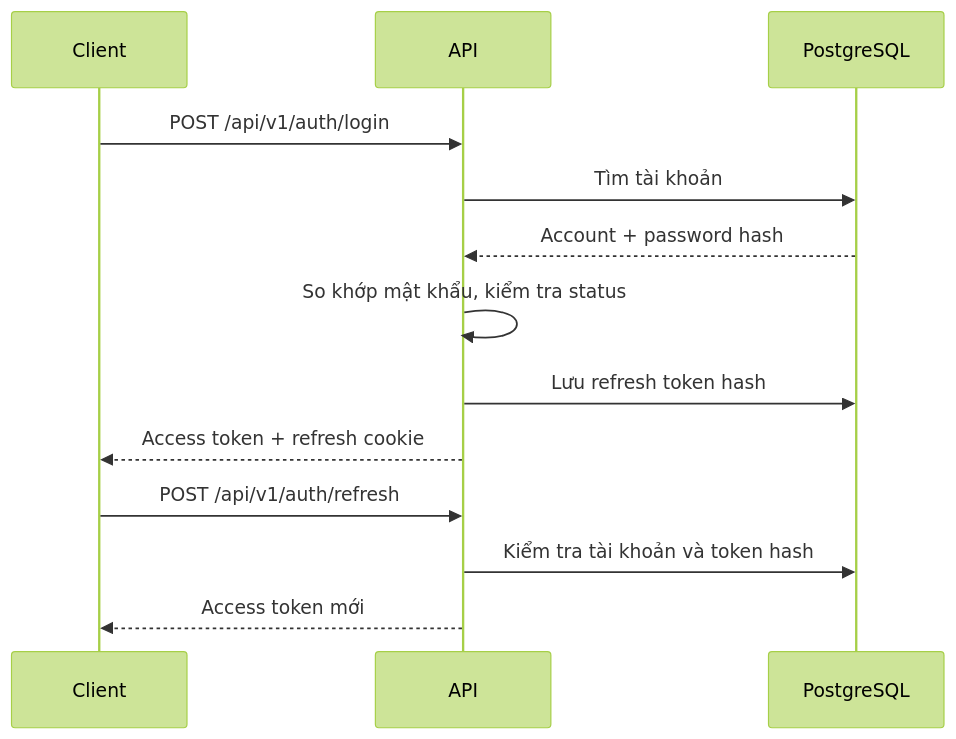
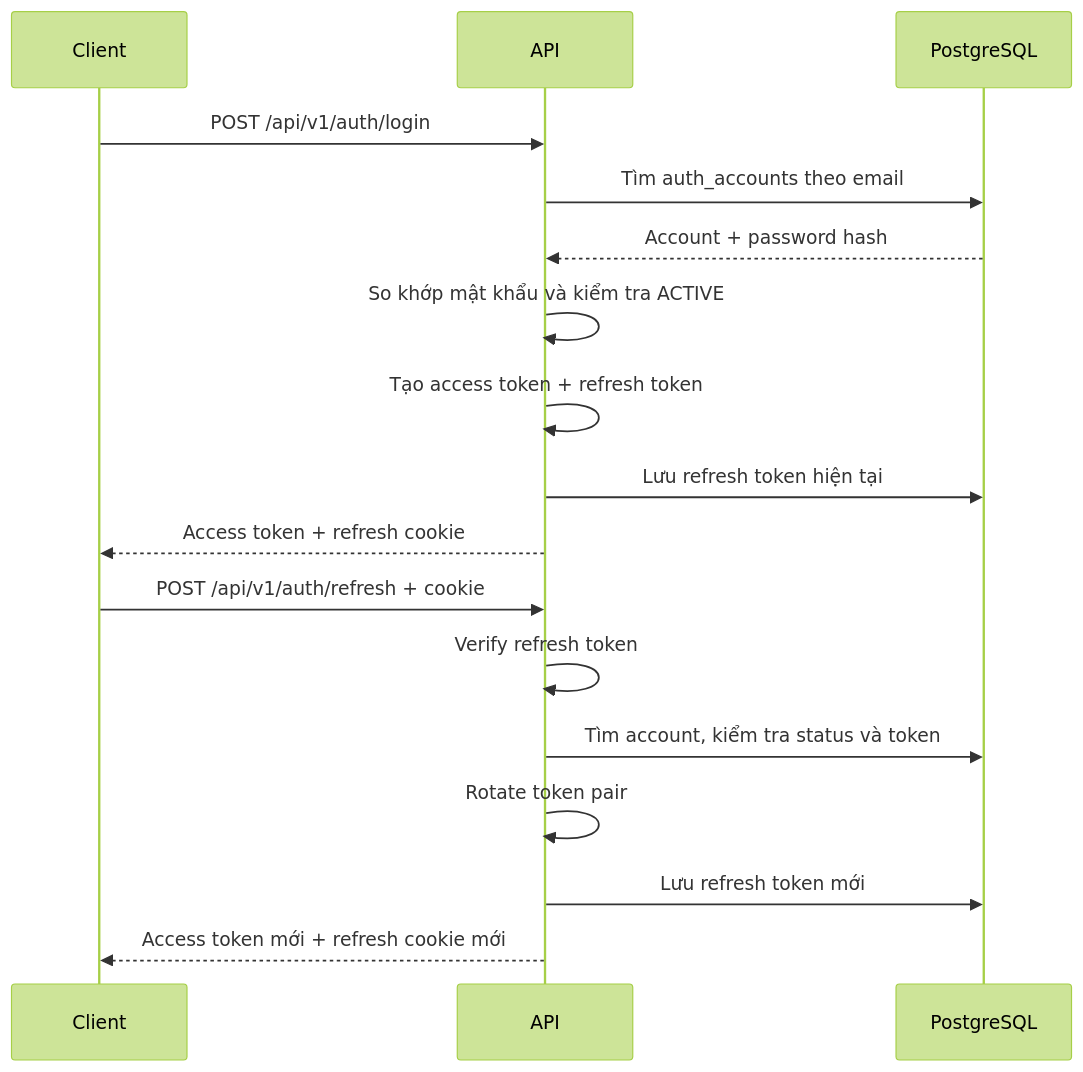
Before and after one commit to SSIT-joint-stock/identify-voice-base: the second of 29 diagrams in docs/architecture/data-flow.md, drawn with Mermaid (forest theme). The commit also changed other lines of this file and 1 other file, not shown here.

Commit message:
docs: enhance data flow documentation with detailed coverage matrix and pipeline overview

````diff
--- a/docs/architecture/data-flow.md
+++ b/docs/architecture/data-flow.md
@@ -19,17 +74,21 @@
 ```mermaid
 sequenceDiagram
     participant C as Client
     participant A as API
     participant D as PostgreSQL
 
     C->>A: POST /api/v1/auth/login
-    A->>D: Tìm tài khoản
+    A->>D: Tìm auth_accounts theo email
     D-->>A: Account + password hash
-    A->>A: So khớp mật khẩu, kiểm tra status
-    A->>D: Lưu refresh token hash
+    A->>A: So khớp mật khẩu và kiểm tra ACTIVE
+    A->>A: Tạo access token + refresh token
+    A->>D: Lưu refresh token hiện tại
     A-->>C: Access token + refresh cookie
 
-    C->>A: POST /api/v1/auth/refresh
-    A->>D: Kiểm tra tài khoản và token hash
-    A-->>C: Access token mới
+    C->>A: POST /api/v1/auth/refresh + cookie
+    A->>A: Verify refresh token
+    A->>D: Tìm account, kiểm tra status và token
+    A->>A: Rotate token pair
+    A->>D: Lưu refresh token mới
+    A-->>C: Access token mới + refresh cookie mới
 ```
````
